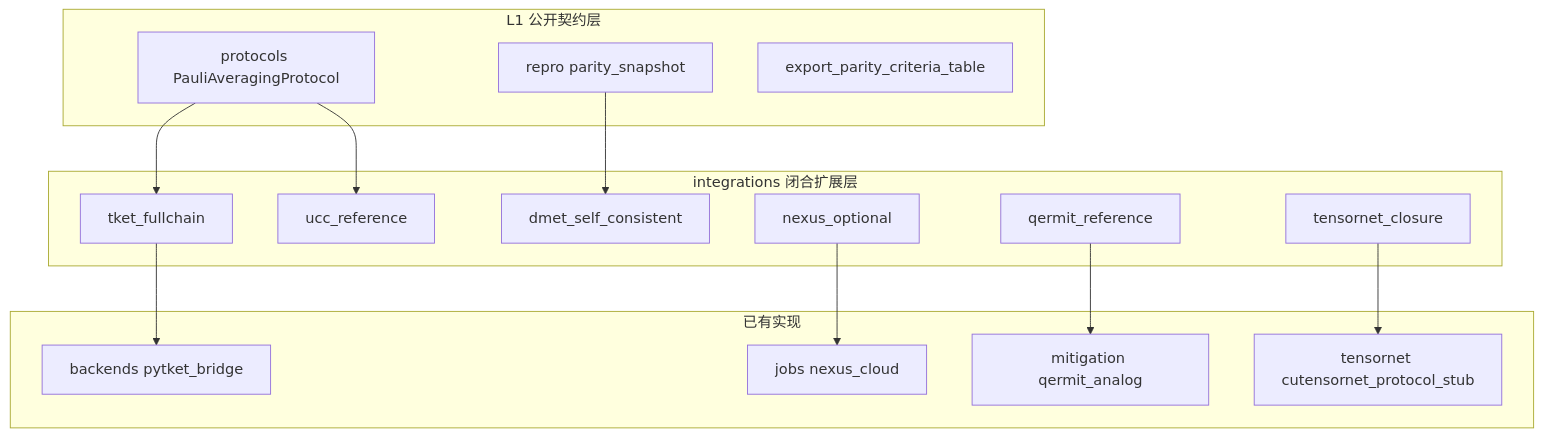
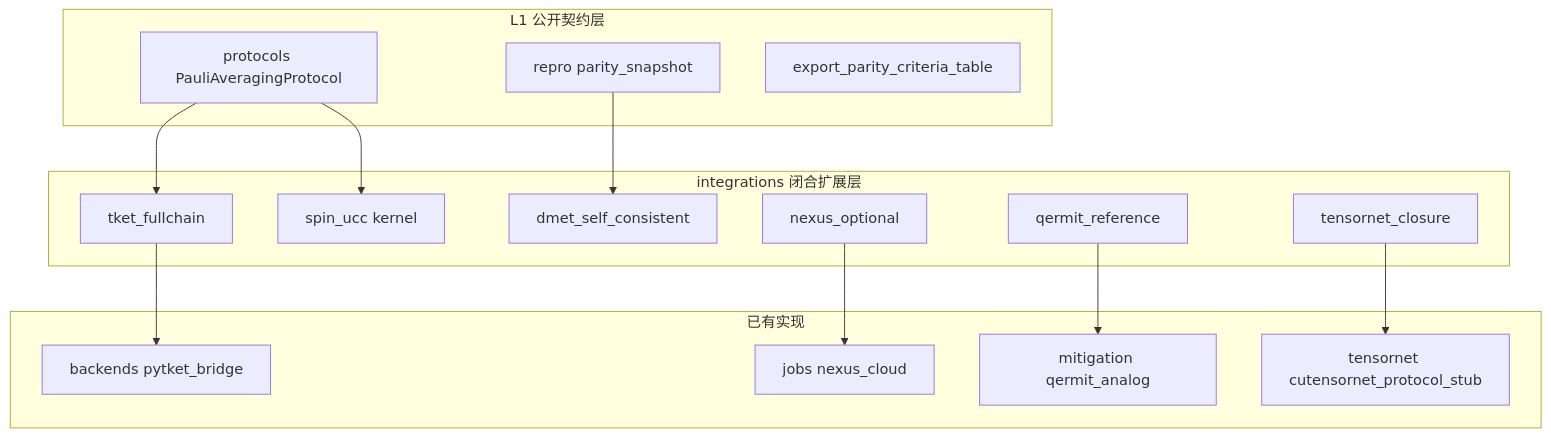
Before and after one commit to sunhl4/qcchem-qml-md: the diagram in docs/工程记忆_Quantinuum对标与数据流技术文档.md, drawn with Mermaid. The commit also changed other lines of this file and 255 other files, not shown here.

````diff
--- a/docs/工程记忆_Quantinuum对标与数据流技术文档.md
+++ b/docs/工程记忆_Quantinuum对标与数据流技术文档.md
@@ -99,29 +99,29 @@
 ```mermaid
 flowchart TB
   subgraph public_contract [L1 公开契约层]
     Proto[protocols PauliAveragingProtocol]
     Repro[repro parity_snapshot]
     Export[export_parity_criteria_table]
   end
   subgraph integration [integrations 闭合扩展层]
     TKET[tket_fullchain]
-    UCC[ucc_reference]
+    UCC[spin_ucc kernel]
     DMET[dmet_self_consistent]
     Nexus[nexus_optional]
     Qermit[qermit_reference]
     TN[tensornet_closure]
   end
   subgraph existing [已有实现]
     Bridge[backends pytket_bridge]
     JobCloud[jobs nexus_cloud]
     Mit[mitigation qermit_analog]
     TNStub[tensornet cutensornet_protocol_stub]
   end
   TKET --> Bridge
   Nexus --> JobCloud
   Qermit --> Mit
   TN --> TNStub
   Proto --> TKET
   Proto --> UCC
   Repro --> DMET
 ```
````
